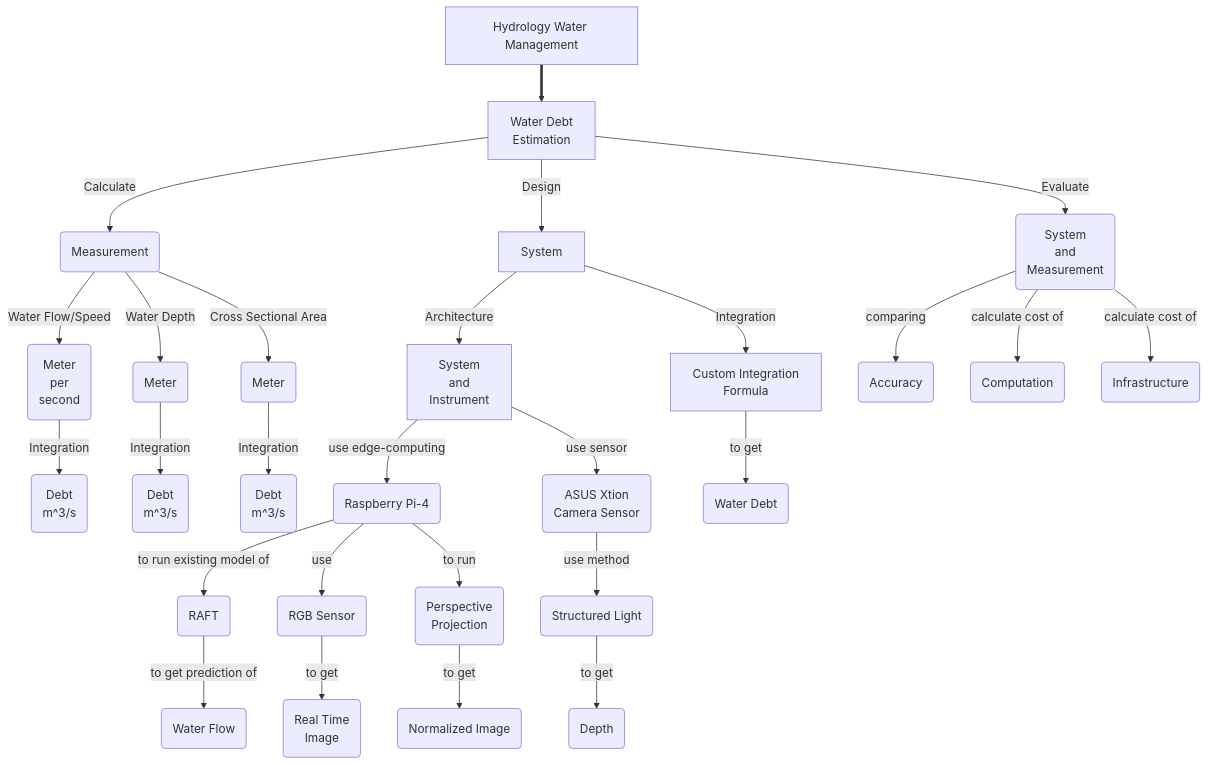
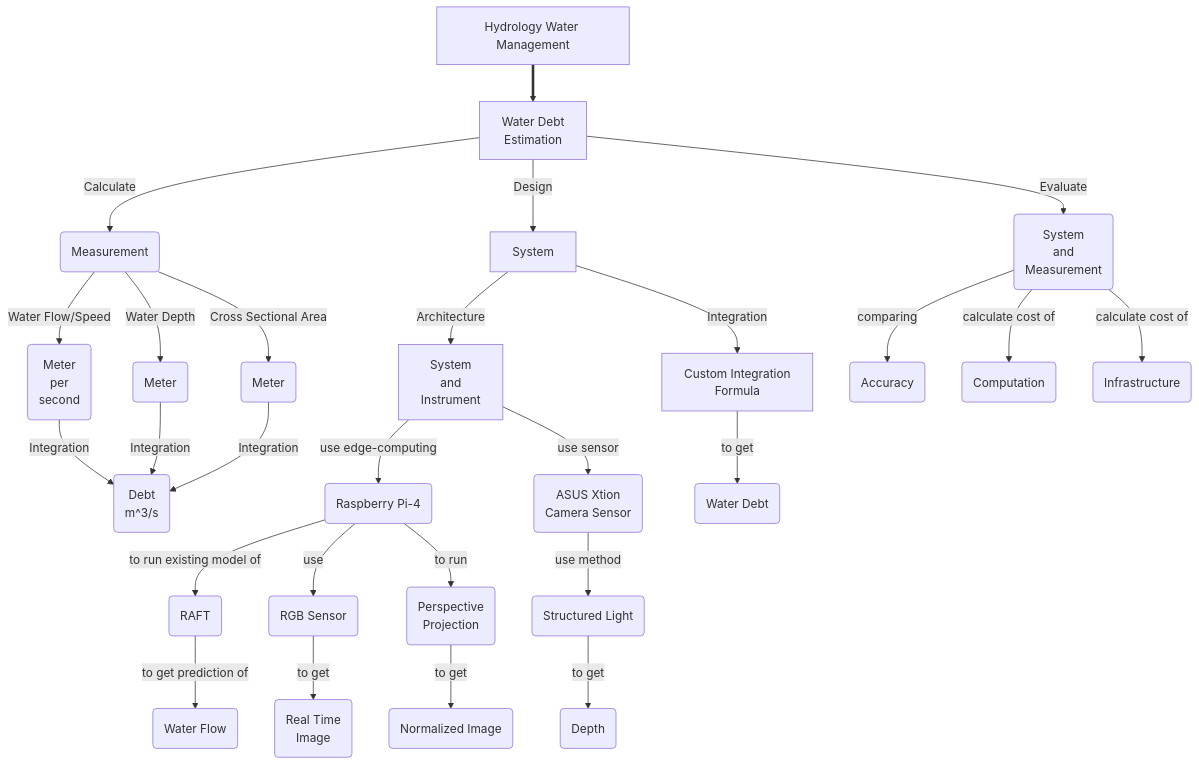
Before and after one commit to giamuhammad/ITB_MSK_SK5004_MLAI_2025.1: the second of 2 diagrams in Assignment_w11/Assignment_w11.md, drawn with Mermaid. The commit also changed other lines of this file and 9 other files, not shown here.

````diff
--- a/Assignment_w11/Assignment_w11.md
+++ b/Assignment_w11/Assignment_w11.md
@@ -51,27 +51,27 @@
 ```mermaid
 flowchart TD
     XXX[Hydrology Water Management] ==> A
     A[Water Debt<br />Estimation] --> | Calculate | B(Measurement)
     B --> | Water Flow/Speed | C(Meter<br />per<br />second) --> | Integration | D(Debt<br />m^3/s)
-    B --> | Water Depth | E(Meter) --> | Integration | F(Debt<br />m^3/s)
-    B --> | Cross Sectional Area | G(Meter) --> | Integration | H(Debt<br />m^3/s)
+    B --> | Water Depth | E(Meter) --> | Integration | D(Debt<br />m^3/s)
+    B --> | Cross Sectional Area | G(Meter) --> | Integration | D(Debt<br />m^3/s)
 
     A[Water Debt<br />Estimation] --> | Design | I[System]
     I --> | Architecture | J[System<br />and<br />Instrument]
     J --> | use edge-computing | K(Raspberry Pi-4)
     K --> | to run existing model of | L(RAFT)
     L --> | to get prediction of | P(Water Flow)
     K --> | use | M(RGB Sensor)
     M --> | to get | O(Real Time<br />Image)
     K --> | to run | N(Perspective<br />Projection)
     N --> | to get | R(Normalized Image)
     J --> | use sensor | Q(ASUS Xtion<br />Camera Sensor)
     Q --> | use method | S(Structured Light)
     S --> | to get | T(Depth)
     I --> | Integration | U[Custom Integration<br />Formula]
     U --> | to get | V(Water Debt)
     A[Water Debt<br />Estimation] --> | Evaluate | W(System<br />and<br />Measurement)
     W --> | comparing | X(Accuracy)
     W --> | calculate cost of | Y(Computation)
     W --> | calculate cost of | Z(Infrastructure)
 ```
````
